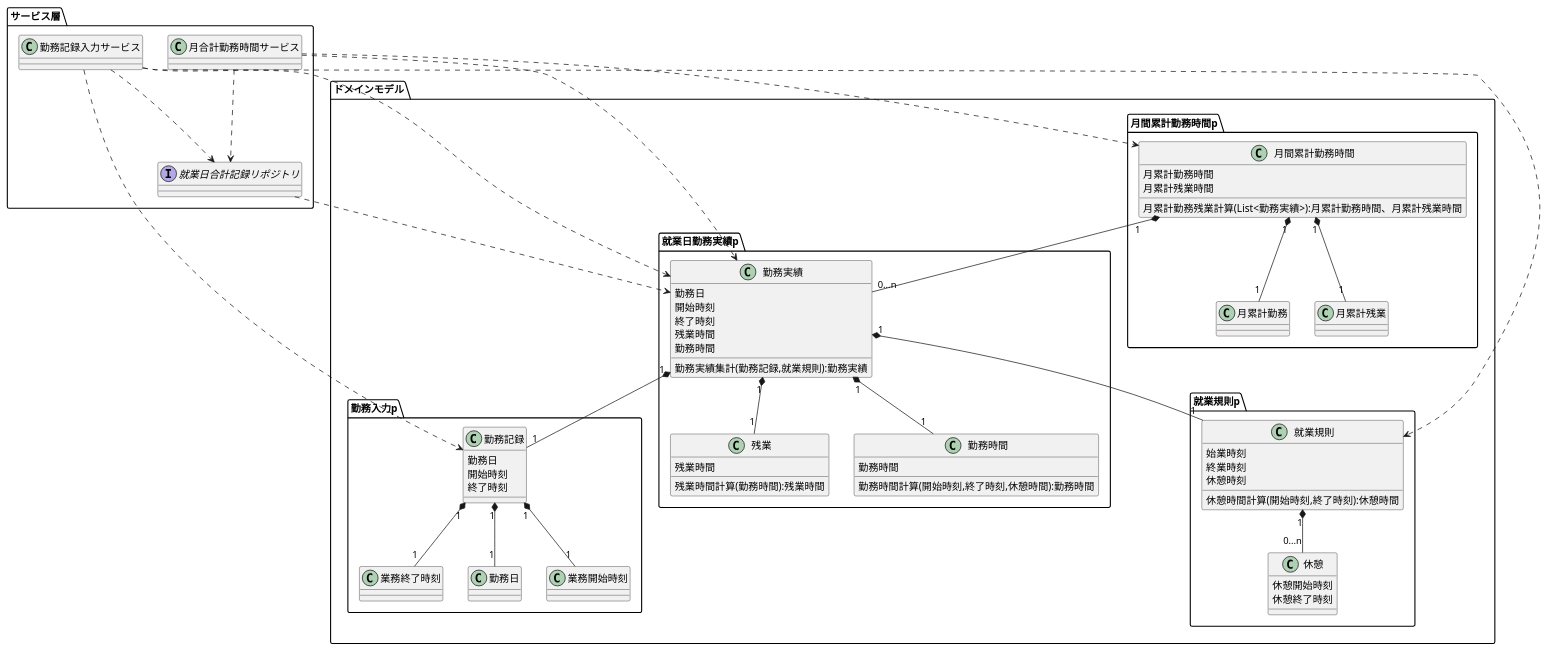
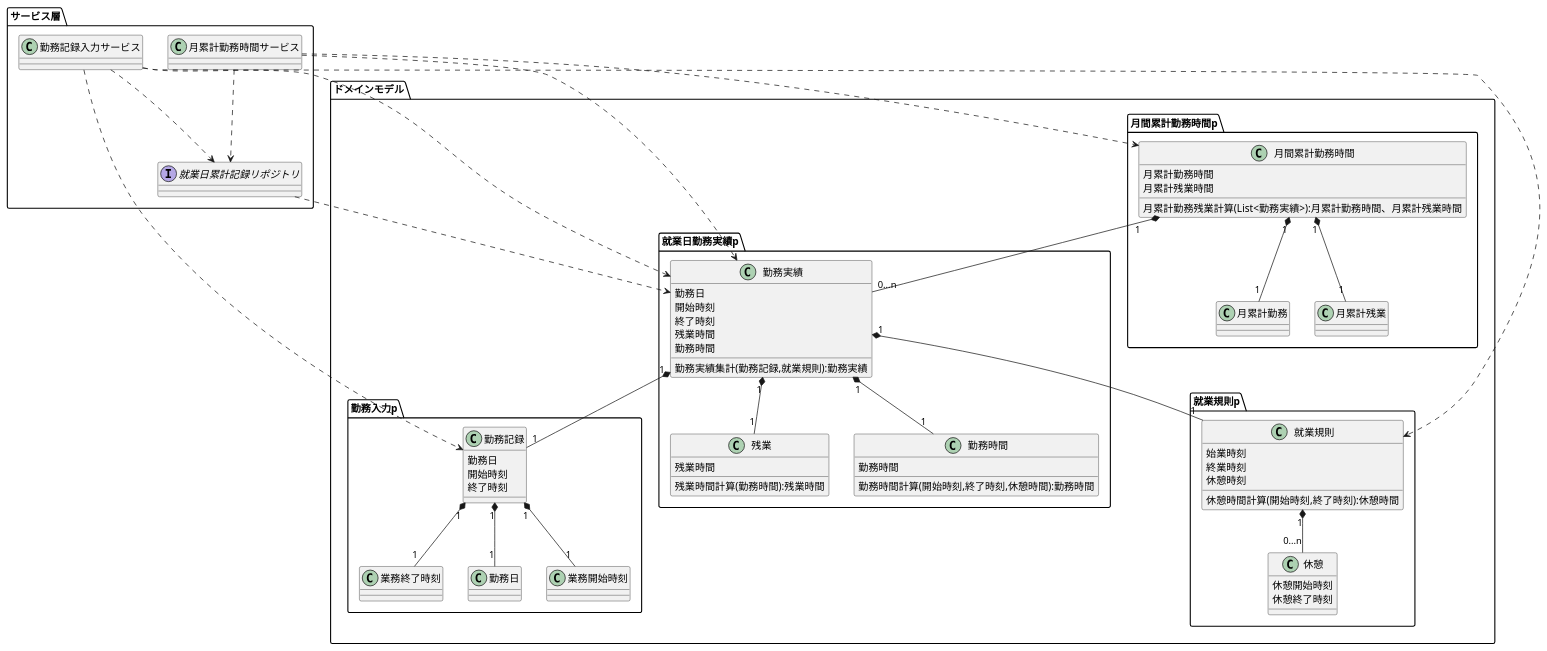
One commit to biglobe-isp/kintai changed the diagram in etc/model/Kmodel.puml. Above: the diagram before and after it, drawn with PlantUML.

Commit message:
合計を累計表記に修正

```diff
--- a/etc/model/Kmodel.puml
+++ b/etc/model/Kmodel.puml
@@ -1,98 +1,97 @@
 @startuml kintaiDomain
 package ドメインモデル{
     package 就業日勤務実績p{
         class 勤務実績{
             勤務日
             開始時刻
             終了時刻
             残業時間
             勤務時間
             勤務実績集計(勤務記録,就業規則):勤務実績
         }
         class 残業{
             残業時間
             残業時間計算(勤務時間):残業時間
         }
         class 勤務時間{
             勤務時間
             勤務時間計算(開始時刻,終了時刻,休憩時間):勤務時間
         }
 
     }
     package 勤務入力p{
         class 勤務記録{
             勤務日
             開始時刻
             終了時刻
         }
         class 勤務日{
          }
         class 業務開始時刻{
          }
         class 業務終了時刻{
         }
     }
     package 就業規則p{
         class 就業規則{
             始業時刻
             終業時刻
             休憩時刻
 
             休憩時間計算(開始時刻,終了時刻):休憩時間
         }
 
         class 休憩{
             休憩開始時刻
             休憩終了時刻
         }
 
     }
 
-
     package 月間累計勤務時間p {
         class 月間累計勤務時間{
             月累計勤務時間
             月累計残業時間
             月累計勤務残業計算(List<勤務実績>):月累計勤務時間、月累計残業時間
         }
         class 月累計勤務{
         }
         class 月累計残業{
         }
     }
     勤務実績 "1" *-- "1" 勤務時間
     勤務実績 "1" *-- "1" 残業
     勤務実績 "1" *-- "1" 就業規則
     勤務実績 "1" *-- "1" 勤務記録
 
     就業規則 "1" *-- "0...n" 休憩
     
     勤務記録 "1" *-- "1" 勤務日
     勤務記録 "1" *-- "1" 業務開始時刻
     勤務記録 "1" *-- "1" 業務終了時刻
 
     月間累計勤務時間 "1" *-- "0...n"勤務実績
     月間累計勤務時間 "1" *-- "1" 月累計勤務
     月間累計勤務時間 "1" *-- "1" 月累計残業
 }
 package サービス層{
     class 勤務記録入力サービス{
 
     }
-    interface 就業日合計記録リポジトリ{
+    interface 就業日累計記録リポジトリ{
 
     }
-    class 月合計勤務時間サービス{
+    class 月累計勤務時間サービス{
     }
 
     勤務記録入力サービス ..> 勤務実績
-    勤務記録入力サービス ..> 就業日合計記録リポジトリ
+    勤務記録入力サービス ..> 就業日累計記録リポジトリ
     勤務記録入力サービス ..> 勤務記録
     勤務記録入力サービス ..> 就業規則
-    就業日合計記録リポジトリ ..> 勤務実績
-    月合計勤務時間サービス ..> 就業日合計記録リポジトリ
-    月合計勤務時間サービス ..> 月間累計勤務時間
-    月合計勤務時間サービス ..> 勤務実績
+    就業日累計記録リポジトリ ..> 勤務実績
+    月累計勤務時間サービス ..> 就業日累計記録リポジトリ
+    月累計勤務時間サービス ..> 月間累計勤務時間
+    月累計勤務時間サービス ..> 勤務実績
 
 }
 @enduml
```
